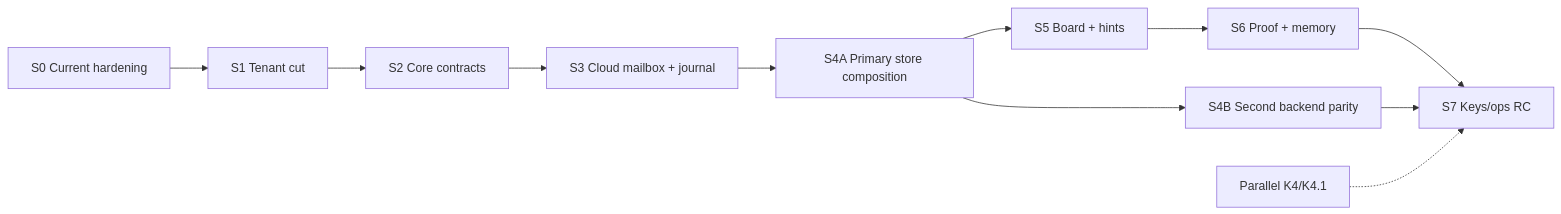
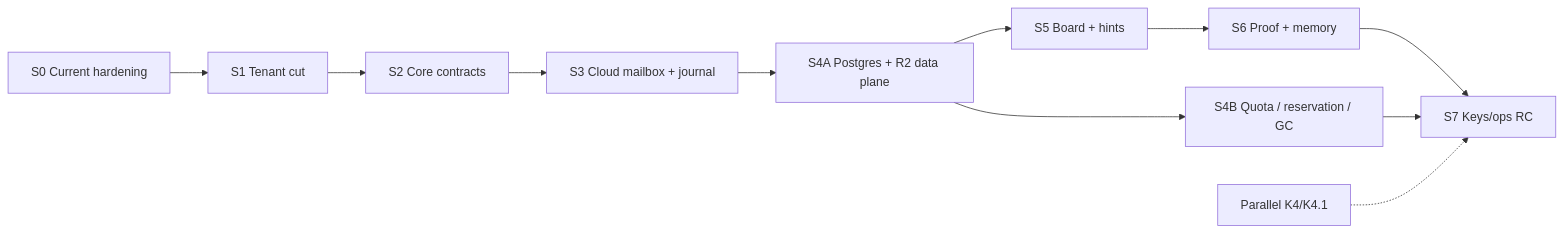
The first of 2 diagrams in plans/sprints/20260807-byok-platform-raft-aligned.sprint.md (Ancienttwo/byok-sdk), drawn with Mermaid before and after one commit. The commit also changed other lines of this file and 2 other files, not shown here.

First line of the commit message:
docs(architecture): merge GPT Pro v2 storage/quota increments

````diff
--- a/plans/sprints/20260807-byok-platform-raft-aligned.sprint.md
+++ b/plans/sprints/20260807-byok-platform-raft-aligned.sprint.md
@@ -106,24 +113,24 @@
 ```mermaid
 flowchart LR
   S0["S0 Current hardening"]
   S1["S1 Tenant cut"]
   S2["S2 Core contracts"]
   S3["S3 Cloud mailbox + journal"]
-  S4A["S4A Primary store composition"]
-  S4B["S4B Second backend parity"]
+  S4A["S4A Postgres + R2 data plane"]
+  S4B["S4B Quota / reservation / GC"]
   S5["S5 Board + hints"]
   S6["S6 Proof + memory"]
   S7["S7 Keys/ops RC"]
   K4["Parallel K4/K4.1"]
 
   S0 --> S1
   S1 --> S2
   S2 --> S3
   S3 --> S4A
   S4A --> S4B
   S4A --> S5
   S5 --> S6
   S6 --> S7
   S4B --> S7
   K4 -.-> S7
 ```
````
